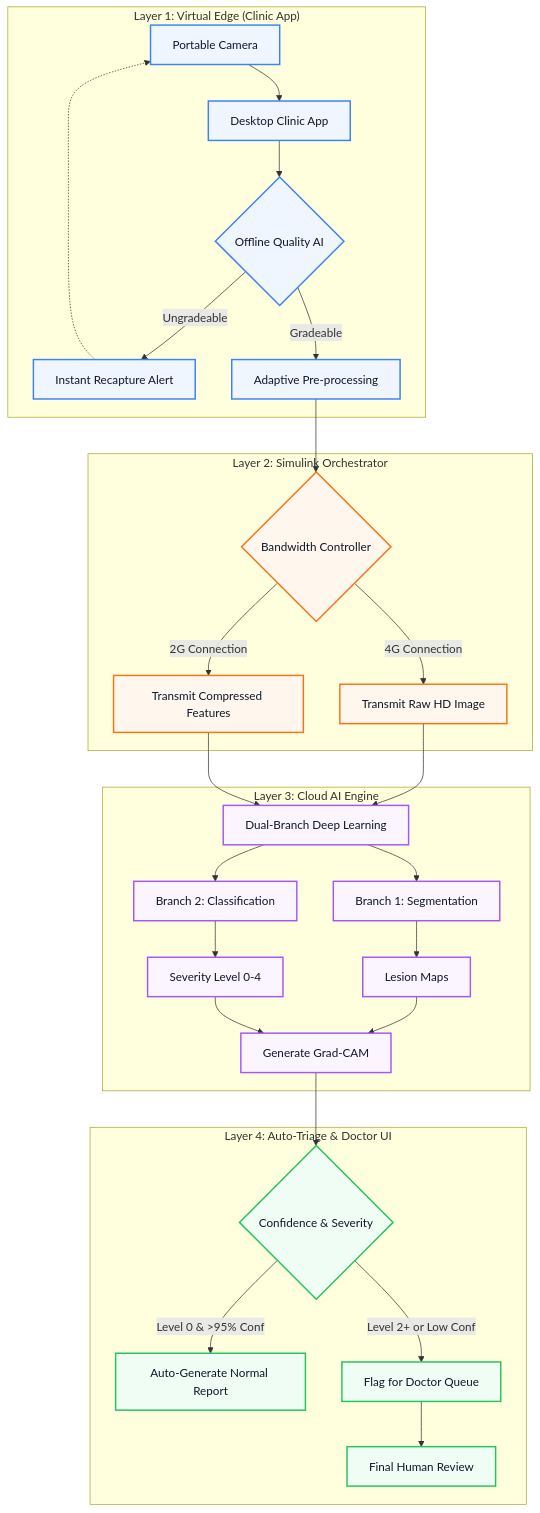
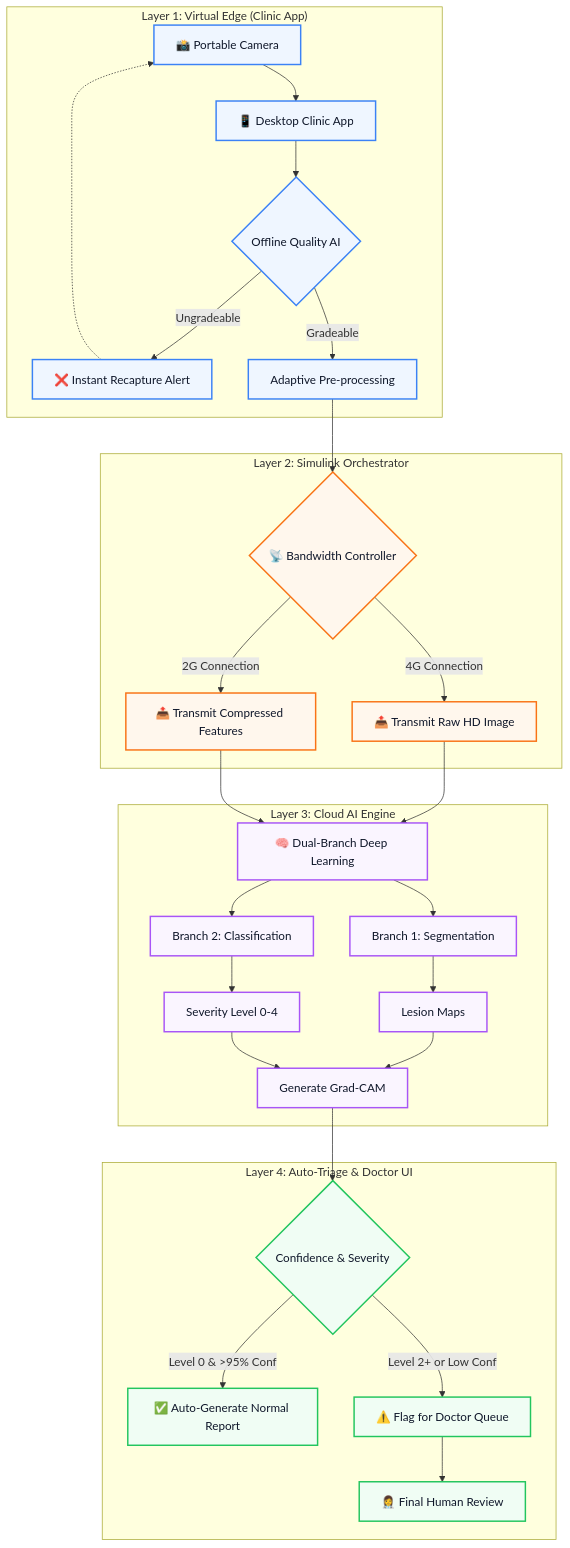
The diagram in README.md (x2ankit/eDRis), drawn with Mermaid before and after one commit. The commit also changed other lines of this file and 13 other files, not shown here.

````diff
--- a/README.md
+++ b/README.md
@@ -28,44 +30,44 @@
 ```mermaid
 graph TD
     classDef edge fill:#eff6ff,stroke:#3b82f6,stroke-width:2px,color:#0f172a
     classDef network fill:#fff7ed,stroke:#f97316,stroke-width:2px,color:#0f172a
     classDef cloud fill:#faf5ff,stroke:#a855f7,stroke-width:2px,color:#0f172a
     classDef human fill:#f0fdf4,stroke:#22c55e,stroke-width:2px,color:#0f172a
 
     subgraph "Layer 1: Virtual Edge (Clinic App)"
-        A[Portable Camera] --> B[Desktop Clinic App]
+        A[📸 Portable Camera] --> B[📱 Desktop Clinic App]
         B --> C{Offline Quality AI}
-        C -->|Ungradeable| D[Instant Recapture Alert]
+        C -->|Ungradeable| D[❌ Instant Recapture Alert]
         D -.-> A
         C -->|Gradeable| E[Adaptive Pre-processing]
     end
 
     subgraph "Layer 2: Simulink Orchestrator"
-        E --> G{Bandwidth Controller}
-        G -->|4G Connection| H[Transmit Raw HD Image]
-        G -->|2G Connection| I[Transmit Compressed Features]
+        E --> G{📡 Bandwidth Controller}
+        G -->|4G Connection| H[📤 Transmit Raw HD Image]
+        G -->|2G Connection| I[📤 Transmit Compressed Features]
     end
 
     subgraph "Layer 3: Cloud AI Engine"
-        H --> J[Dual-Branch Deep Learning]
+        H --> J[🧠 Dual-Branch Deep Learning]
         I --> J
         J --> K[Branch 1: Segmentation]
         J --> L[Branch 2: Classification]
         K --> M[Lesion Maps]
         L --> N[Severity Level 0-4]
         M --> O[Generate Grad-CAM]
         N --> O
     end
 
     subgraph "Layer 4: Auto-Triage & Doctor UI"
         O --> Q{Confidence & Severity}
-        Q -->|Level 0 & >95% Conf| R[Auto-Generate Normal Report]
-        Q -->|Level 2+ or Low Conf| S[Flag for Doctor Queue]
-        S --> T[Final Human Review]
+        Q -->|Level 0 & >95% Conf| R[✅ Auto-Generate Normal Report]
+        Q -->|Level 2+ or Low Conf| S[⚠️ Flag for Doctor Queue]
+        S --> T[👩‍⚕️ Final Human Review]
     end
 
     class A,B,C,D,E edge
     class G,H,I network
     class J,K,L,M,N,O cloud
     class Q,R,S,T human
 ```
````
